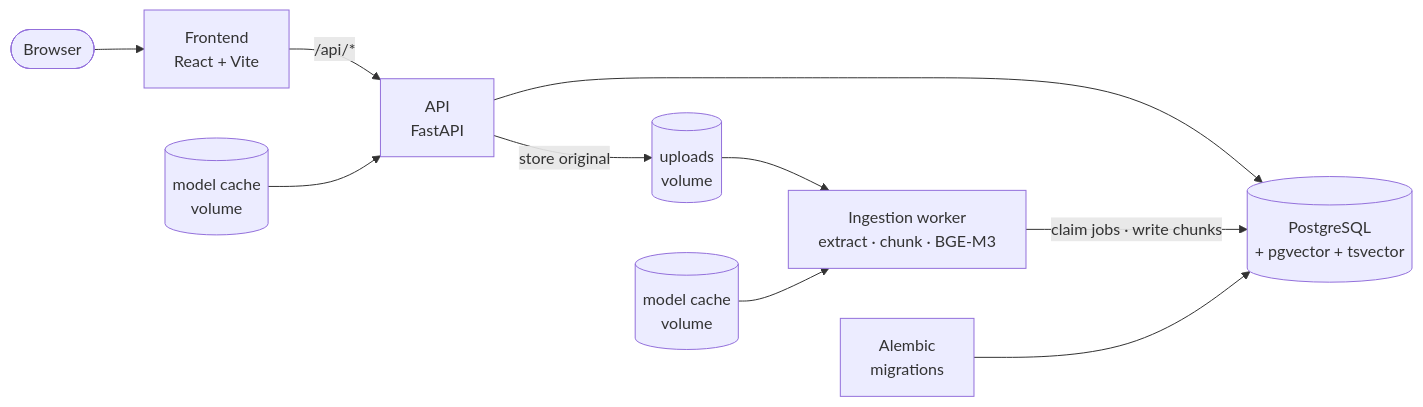
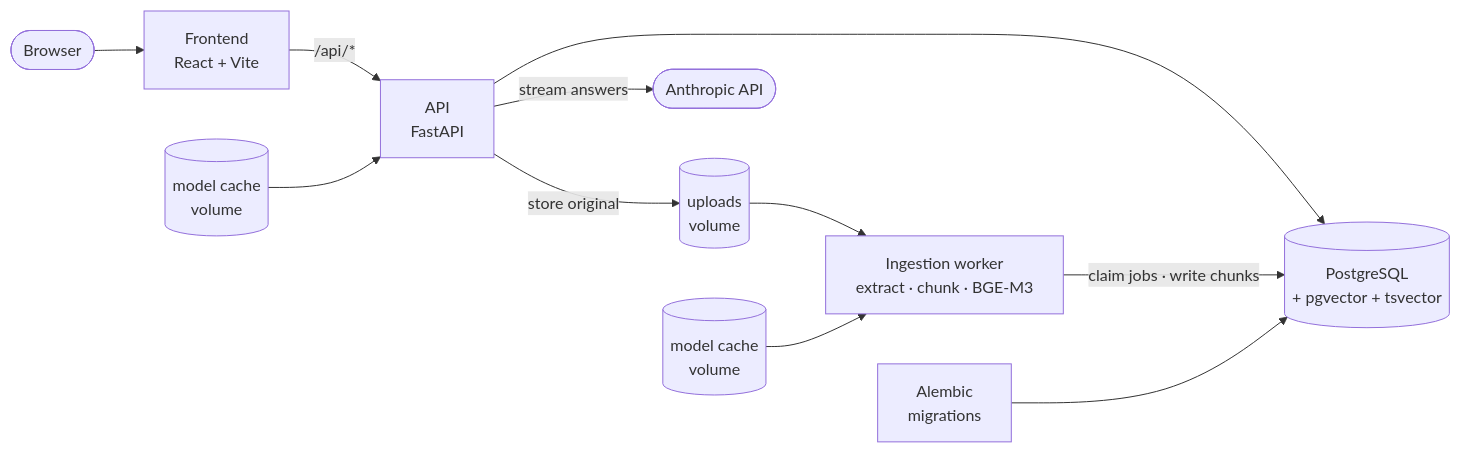
One commit to Yash01Negi/docs-rag-platform changed the diagram in README.md. Above: the diagram before and after it, drawn with Mermaid. The commit also changed other lines of this file and 11 other files, not shown here.

````diff
--- a/README.md
+++ b/README.md
@@ -72,12 +83,13 @@
 ```mermaid
 flowchart LR
     browser([Browser]) --> fe["Frontend<br/>React + Vite"]
     fe -- "/api/*" --> be["API<br/>FastAPI"]
     be --> db[("PostgreSQL<br/>+ pgvector + tsvector")]
     cache2[("model cache<br/>volume")] --> be
     be -- "store original" --> files[("uploads<br/>volume")]
+    be -- "stream answers" --> llm(["Anthropic API"])
     worker["Ingestion worker<br/>extract · chunk · BGE-M3"] -- "claim jobs · write chunks" --> db
     files --> worker
     cache[("model cache<br/>volume")] --> worker
     mig["Alembic<br/>migrations"] --> db
 ```
````
